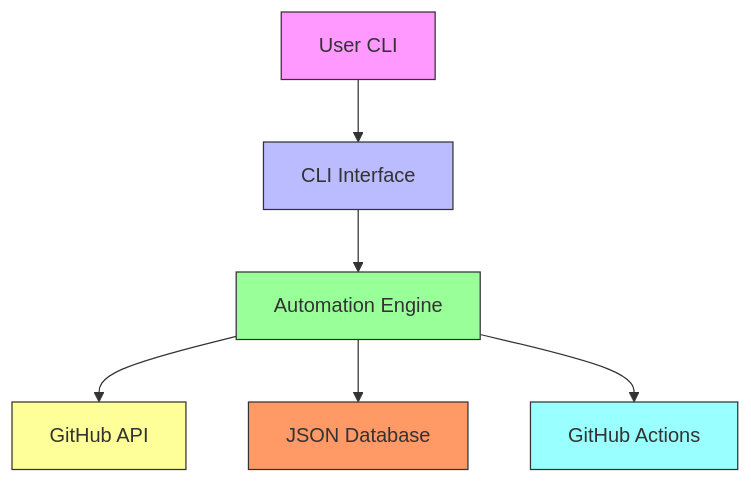
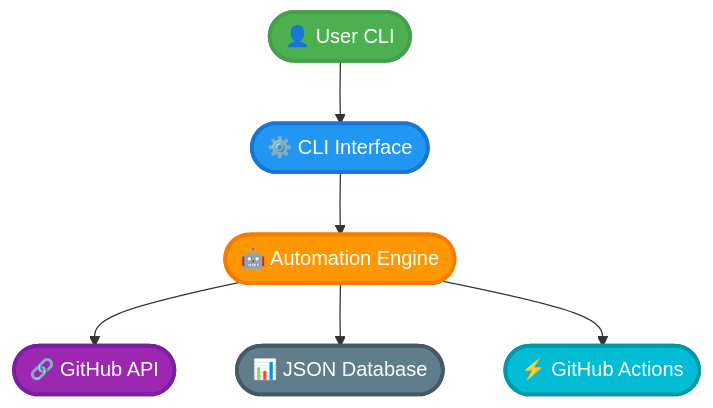
Before and after one commit to Shakour-Data/AutoProjectManagement: the first of 13 diagrams in README.md, drawn with Mermaid. The commit also changed other lines of this file, not shown here.

Commit message:
`Added detailed system architecture diagrams and UML diagrams to the README file.`

````diff
--- a/README.md
+++ b/README.md
@@ -20,15 +20,16 @@
 ```mermaid
+%%{init: {'theme':'base', 'themeVariables': { 'primaryColor': '#4CAF50', 'primaryTextColor': '#fff', 'primaryBorderColor': '#45a049', 'lineColor': '#333', 'secondaryColor': '#2196F3', 'tertiaryColor': '#fff'}}}%%
 graph TD
-    User[User CLI] --> CLI[CLI Interface]
-    CLI --> Engine[Automation Engine]
-    Engine --> GitHub[GitHub API]
-    Engine --> JSON[JSON Database]
-    Engine --> Actions[GitHub Actions]
+    User([👤 User CLI]) --> CLI([⚙️ CLI Interface])
+    CLI --> Engine([🤖 Automation Engine])
+    Engine --> GitHub([🔗 GitHub API])
+    Engine --> JSON([📊 JSON Database])
+    Engine --> Actions([⚡ GitHub Actions])
     
-    style User fill:#f9f,stroke:#333
-    style CLI fill:#bbf,stroke:#333
-    style Engine fill:#9f9,stroke:#333
-    style GitHub fill:#ff9,stroke:#333
-    style JSON fill:#f96,stroke:#333
-    style Actions fill:#9ff,stroke:#333
+    style User fill:#4CAF50,stroke:#45a049,stroke-width:3px,color:#fff
+    style CLI fill:#2196F3,stroke:#1976D2,stroke-width:3px,color:#fff
+    style Engine fill:#FF9800,stroke:#F57C00,stroke-width:3px,color:#fff
+    style GitHub fill:#9C27B0,stroke:#7B1FA2,stroke-width:3px,color:#fff
+    style JSON fill:#607D8B,stroke:#455A64,stroke-width:3px,color:#fff
+    style Actions fill:#00BCD4,stroke:#0097A7,stroke-width:3px,color:#fff
 ```
````
